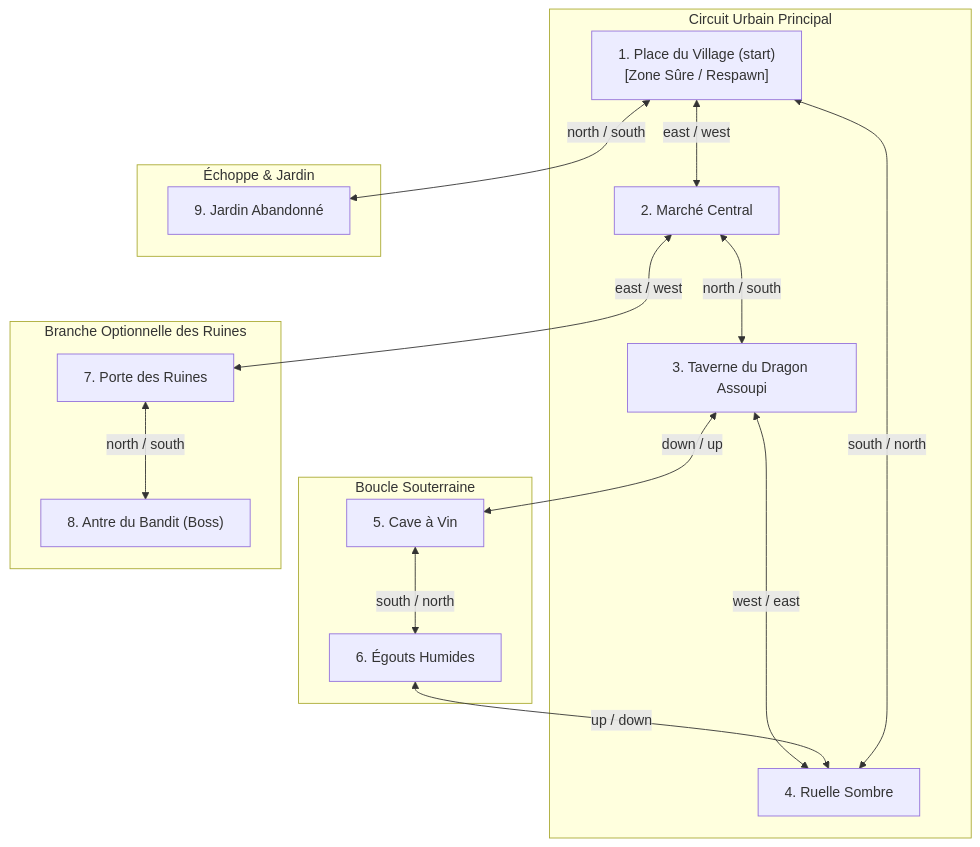
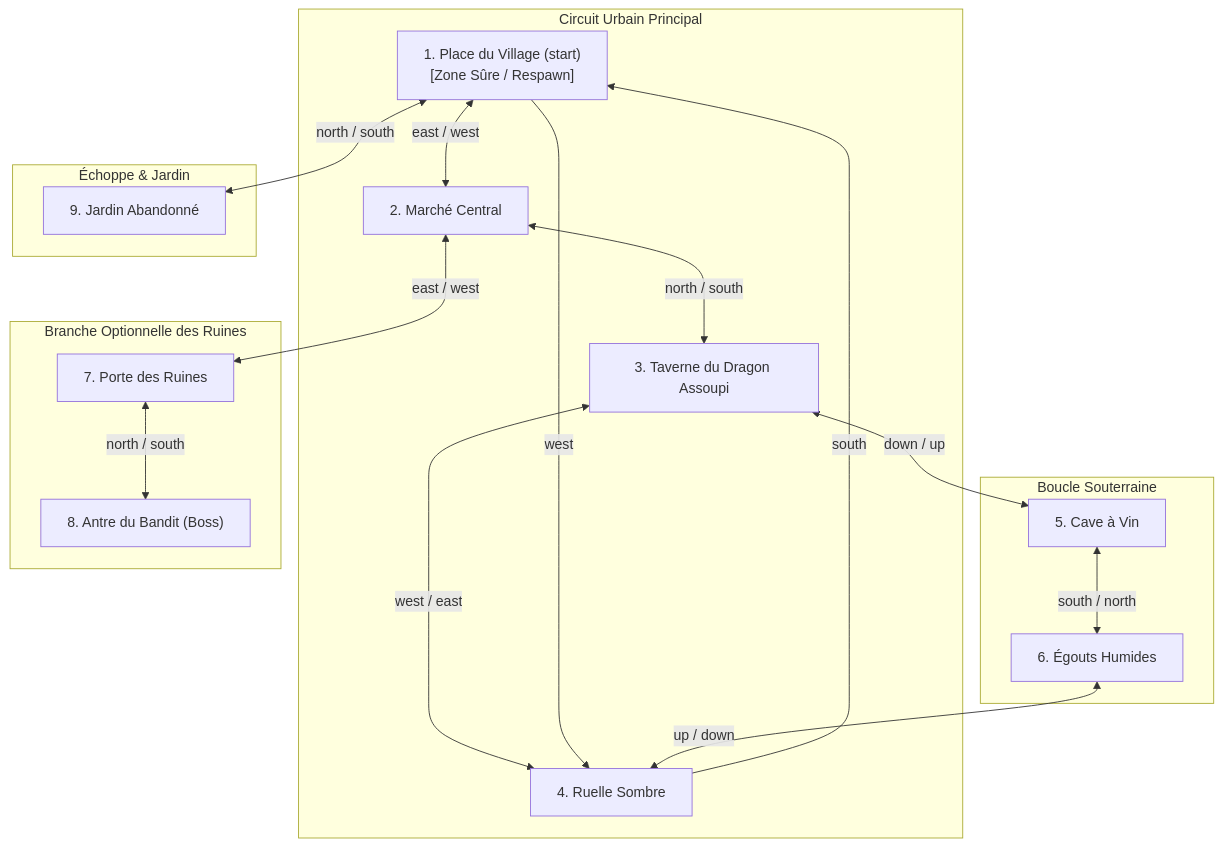
One commit to npons971/42_TAP changed the diagram in docs/Commun/gdd/05_world_design.md. Above: the diagram before and after it, drawn with Mermaid. The commit also changed other lines of this file and 27 other files, not shown here.

````diff
--- a/docs/Commun/gdd/05_world_design.md
+++ b/docs/Commun/gdd/05_world_design.md
@@ -14,41 +14,42 @@
 ```mermaid
 graph TD
     subgraph Boucle_Principale [Circuit Urbain Principal]
         Square["1. Place du Village (start)<br/>[Zone Sûre / Respawn]"]
         Market["2. Marché Central"]
         Tavern["3. Taverne du Dragon Assoupi"]
         Alley["4. Ruelle Sombre"]
     end
 
     subgraph Boucle_Souterraine [Boucle Souterraine]
         Cellar["5. Cave à Vin"]
         Sewers["6. Égouts Humides"]
     end
 
     subgraph Branche_Optionnelle [Branche Optionnelle des Ruines]
         RuinsGate["7. Porte des Ruines"]
         RuinsDen["8. Antre du Bandit (Boss)"]
     end
 
     subgraph Annexe_Herboriste [Échoppe & Jardin]
         Garden["9. Jardin Abandonné"]
     end
 
     %% Connexions Boucle Principale
     Square <-->|"east / west"| Market
     Market <-->|"north / south"| Tavern
     Tavern <-->|"west / east"| Alley
-    Alley <-->|"south / north"| Square
+    Alley -->|"south"| Square
+    Square -->|"west"| Alley
 
     %% Connexions Boucle Souterraine
     Tavern <-->|"down / up"| Cellar
     Cellar <-->|"south / north"| Sewers
     Sewers <-->|"up / down"| Alley
 
     %% Connexions Branche Optionnelle
     Market <-->|"east / west"| RuinsGate
     RuinsGate <-->|"north / south"| RuinsDen
 
     %% Connexion Jardin
     Square <-->|"north / south"| Garden
 ```
````
